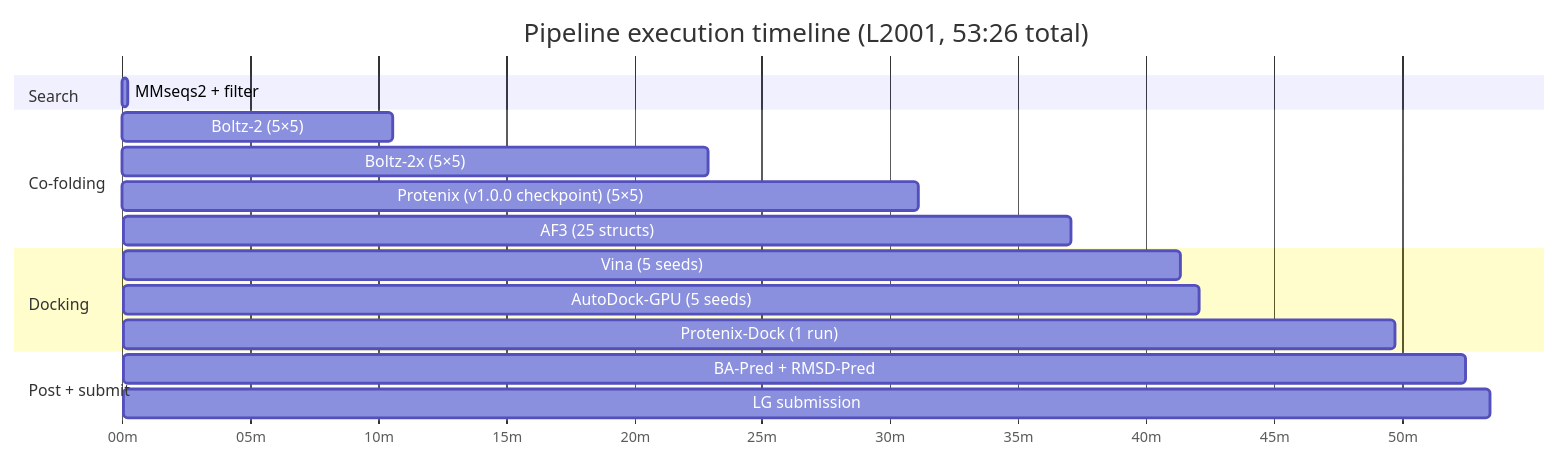
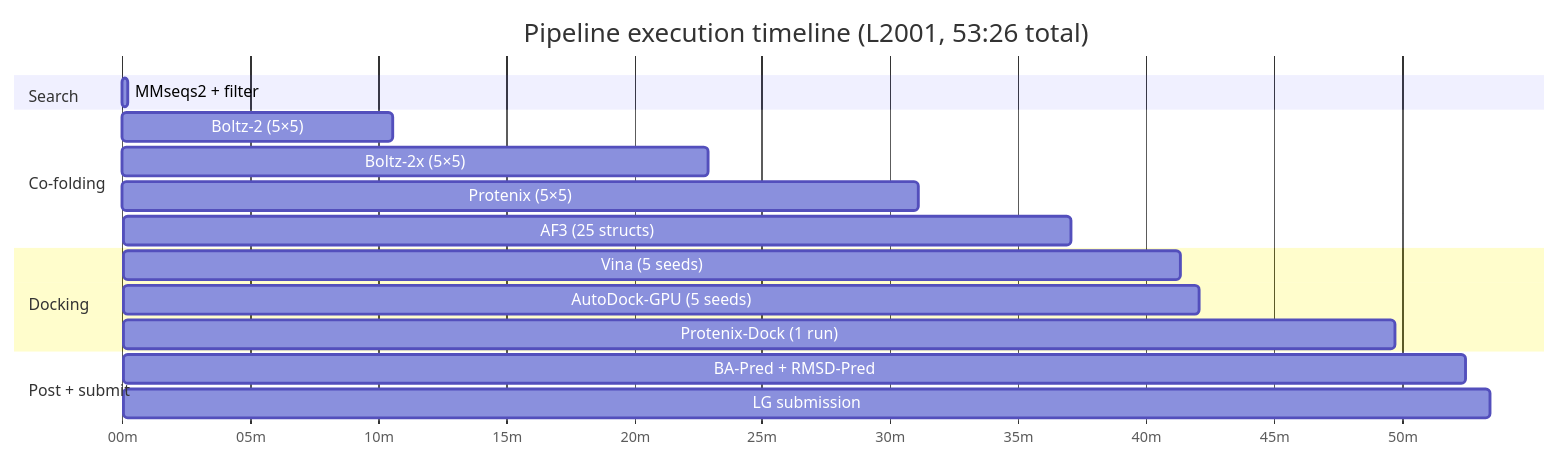
Before and after one commit to eightmm/mosaic-pl: the fourth of 4 diagrams in docs/pipeline.md, drawn with Mermaid. The commit also changed other lines of this file and 2 other files, not shown here.

Commit message:
docs: simplify Protenix method labels

````diff
--- a/docs/pipeline.md
+++ b/docs/pipeline.md
@@ -647,24 +647,24 @@
 ```mermaid
 gantt
     title Pipeline execution timeline (L2001, 53:26 total)
     dateFormat X
     axisFormat %Mm
 
     section Search
     MMseqs2 + filter            :0, 13
 
     section Co-folding
     Boltz-2 (5×5)                :13, 635
     Boltz-2x (5×5)               :635, 1375
-    Protenix (v1.0.0 checkpoint) (5×5)            :1375, 1867
+    Protenix (5×5)            :1375, 1867
     AF3 (25 structs)             :1870, 2223
 
     section Docking
     Vina (5 seeds)               :2228, 2482
     AutoDock-GPU (5 seeds)       :2482, 2524
     Protenix-Dock (1 run)        :2524, 2983
 
     section Post + submit
     BA-Pred + RMSD-Pred          :2987, 3150
     LG submission                :3155, 3206
 ```
````
